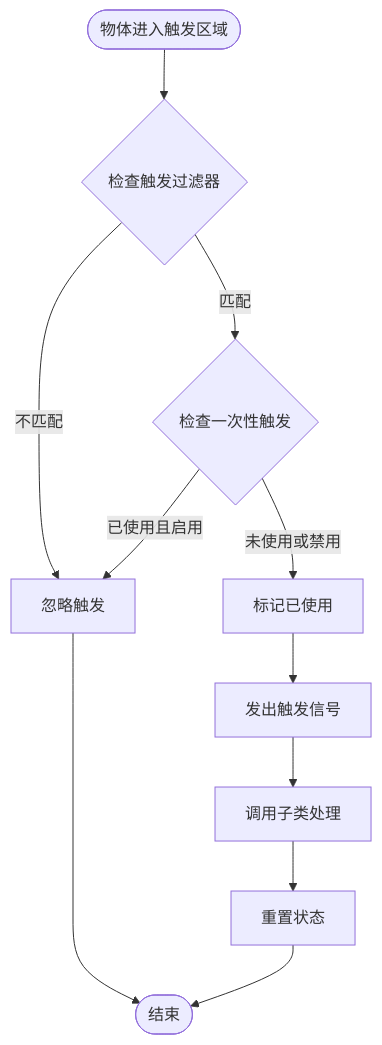
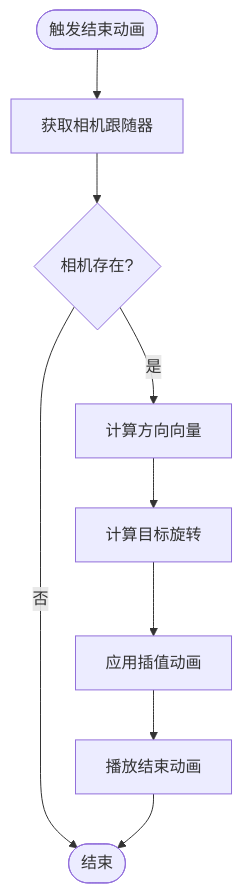
One commit to godotline/godot-line changed the tenth of 11 diagrams in .qoder/repowiki/zh/content/Game Manager.md. Above: the diagram before and after it, drawn with Mermaid. The commit also changed other lines of this file and 13 other files, not shown here.

````diff
--- a/.qoder/repowiki/zh/content/Game Manager.md
+++ b/.qoder/repowiki/zh/content/Game Manager.md
@@ -427,13 +376,11 @@
 ```mermaid
 flowchart TD
-Enter([物体进入触发区域]) --> CheckFilter{检查触发过滤器}
-CheckFilter --> |不匹配| Ignore[忽略触发]
-CheckFilter --> |匹配| CheckOneShot{检查一次性触发}
-CheckOneShot --> |已使用且启用| Ignore
-CheckOneShot --> |未使用或禁用| MarkUsed[标记已使用]
-MarkUsed --> EmitSignal[发出触发信号]
-EmitSignal --> CallOnTriggered[调用子类处理]
-CallOnTriggered --> Reset[重置状态]
-Ignore --> End([结束])
-Reset --> End
+Trigger([触发结束动画]) --> GetCamera[获取相机跟随器]
+GetCamera --> CheckCamera{相机存在?}
+CheckCamera --> |否| End([结束])
+CheckCamera --> |是| CalcDirection[计算方向向量]
+CalcDirection --> CalcRotation[计算目标旋转]
+CalcRotation --> ApplyLerp[应用插值动画]
+ApplyLerp --> PlayAnimation[播放结束动画]
+PlayAnimation --> End
 ```
````
